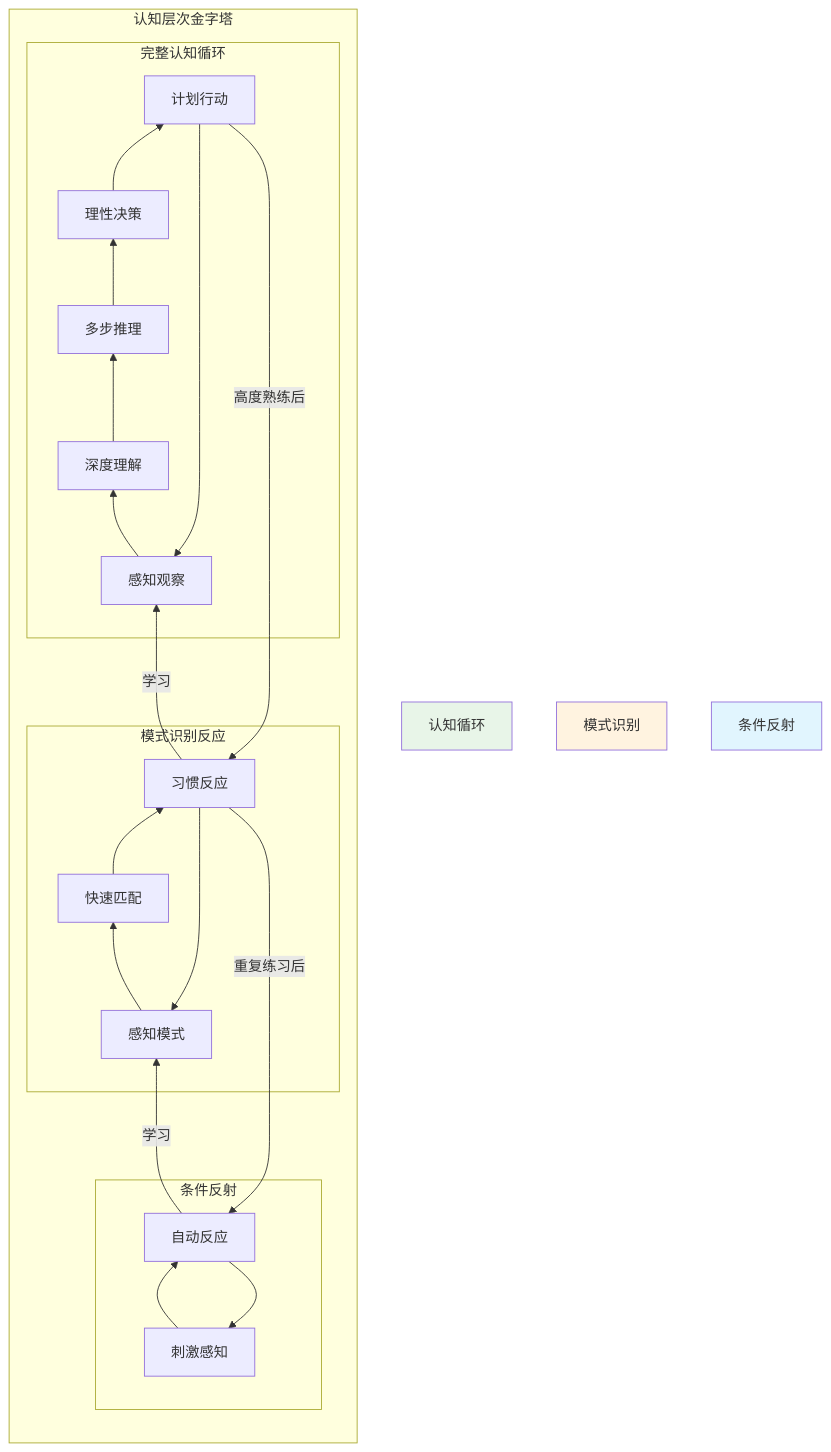
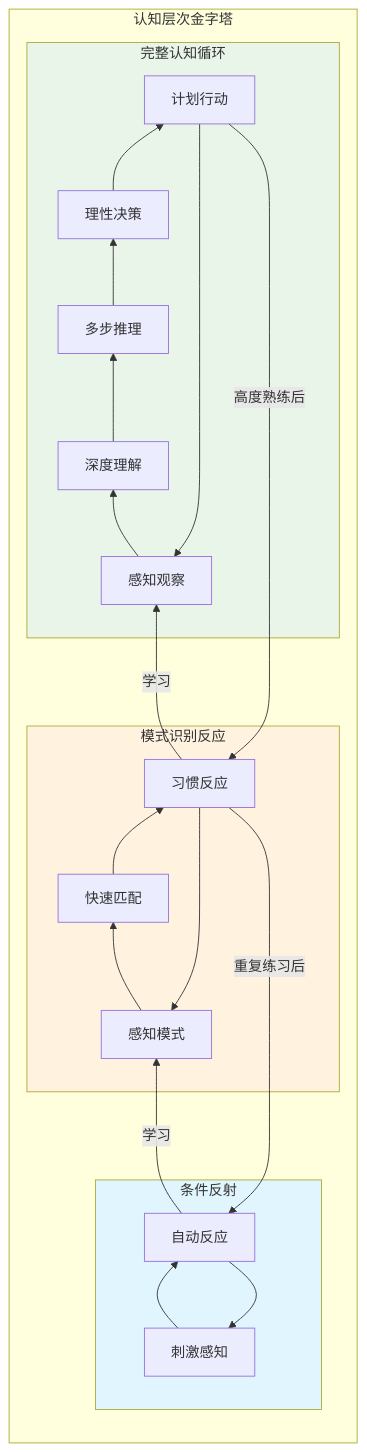
The third of 3 diagrams in readme.md (leekHotline/simple-action), drawn with Mermaid before and after one commit. The commit also changed 5 other files, not shown here.

````diff
--- a/readme.md
+++ b/readme.md
@@ -45,38 +45,38 @@
 ```mermaid
 flowchart TD
     subgraph 认知层次金字塔
         direction BT
         
         subgraph 高级认知 [完整认知循环]
             A1[感知观察] --> 
             A2[深度理解] -->
             A3[多步推理] -->
             A4[理性决策] -->
             A5[计划行动] --> A1
+            
+            style 高级认知 fill:#e8f5e8
         end
         
         subgraph 中级认知 [模式识别反应]
             B1[感知模式] --> 
             B2[快速匹配] --> 
             B3[习惯反应] --> B1
+            
+            style 中级认知 fill:#fff3e0
         end
         
         subgraph 基础认知 [条件反射]
             C1[刺激感知] --> 
             C2[自动反应] --> C1
+            
+            style 基础认知 fill:#e1f5fe
         end
     end
 
     A5 -- 高度熟练后 --> B3
     B3 -- 重复练习后 --> C2
 
     C2 -- 学习 --> B1
     B3 -- 学习 --> A1
-
-
     
-    style 认知循环 fill:#e8f5e8
-    style 模式识别 fill:#fff3e0
-    style 条件反射 fill:#e1f5fe
-
 ```
````
